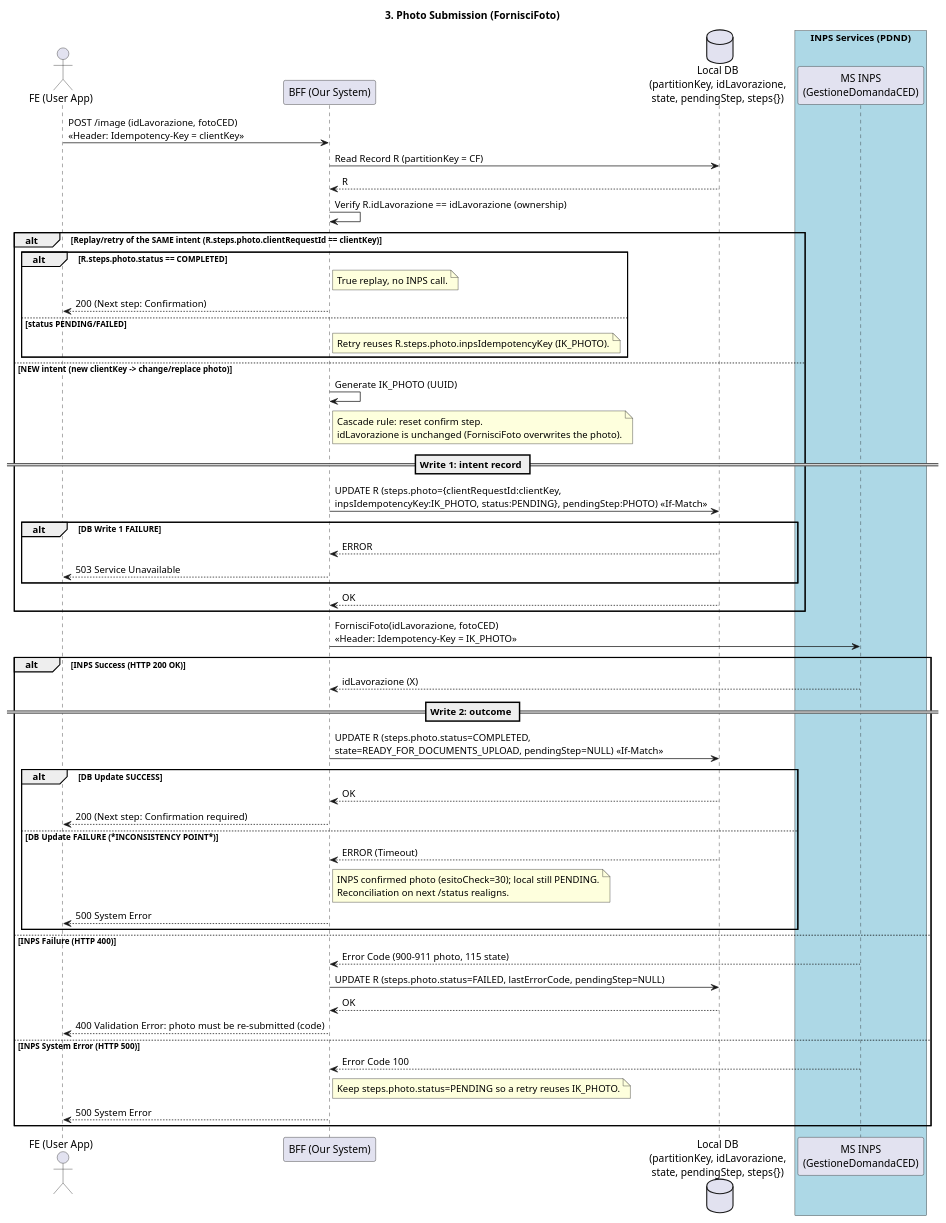
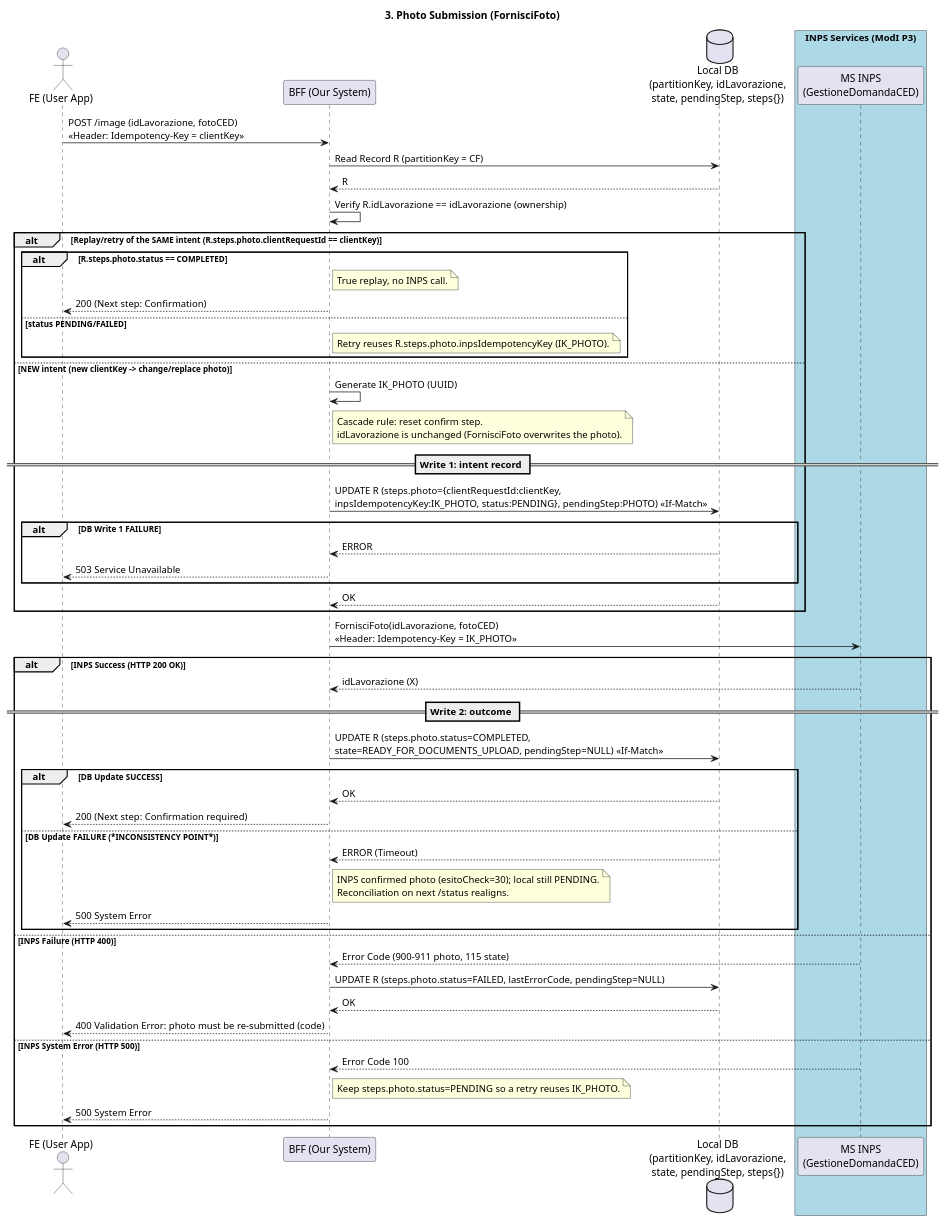
Before and after one commit to pagopa/io-growth: the diagram in docs/ced-card-request/sequence/upload_image_sequence.puml, drawn with PlantUML. The commit also changed 9 other files, not shown here.

```diff
--- a/docs/ced-card-request/sequence/upload_image_sequence.puml
+++ b/docs/ced-card-request/sequence/upload_image_sequence.puml
@@ -1,67 +1,67 @@
 @startuml Upload Image Sequence Diagram
 
 actor "FE (User App)" as FE
 participant "BFF (Our System)" as BFF
 database "Local DB\n(partitionKey, idLavorazione,\nstate, pendingStep, steps{})" as DB
-box "INPS Services (PDND)" #LightBlue
+box "INPS Services (ModI P3)" #LightBlue
   participant "MS INPS\n(GestioneDomandaCED)" as INPS
 end box
 
 title 3. Photo Submission (FornisciFoto)
 
 FE -> BFF: POST /image (idLavorazione, fotoCED)\n<<Header: Idempotency-Key = clientKey>>
 
 BFF -> DB: Read Record R (partitionKey = CF)
 DB --> BFF: R
 BFF -> BFF: Verify R.idLavorazione == idLavorazione (ownership)
 
 alt Replay/retry of the SAME intent (R.steps.photo.clientRequestId == clientKey)
     alt R.steps.photo.status == COMPLETED
         note right of BFF: True replay, no INPS call.
         BFF --> FE: 200 (Next step: Confirmation)
     else status PENDING/FAILED
         note right of BFF: Retry reuses R.steps.photo.inpsIdempotencyKey (IK_PHOTO).
     end
 
 else NEW intent (new clientKey -> change/replace photo)
     BFF -> BFF: Generate IK_PHOTO (UUID)
     note right of BFF: Cascade rule: reset confirm step.\nidLavorazione is unchanged (FornisciFoto overwrites the photo).
 
     == Write 1: intent record ==
     BFF -> DB: UPDATE R (steps.photo={clientRequestId:clientKey,\ninpsIdempotencyKey:IK_PHOTO, status:PENDING}, pendingStep:PHOTO) <<If-Match>>
     alt DB Write 1 FAILURE
         DB --> BFF: ERROR
         BFF --> FE: 503 Service Unavailable
     end
     DB --> BFF: OK
 end
 
 BFF -> INPS: FornisciFoto(idLavorazione, fotoCED)\n<<Header: Idempotency-Key = IK_PHOTO>>
 
 alt INPS Success (HTTP 200 OK)
     INPS --> BFF: idLavorazione (X)
 
     == Write 2: outcome ==
     BFF -> DB: UPDATE R (steps.photo.status=COMPLETED,\nstate=READY_FOR_DOCUMENTS_UPLOAD, pendingStep=NULL) <<If-Match>>
 
     alt DB Update SUCCESS
         DB --> BFF: OK
         BFF --> FE: 200 (Next step: Confirmation required)
     else DB Update FAILURE (***INCONSISTENCY POINT***)
         DB --> BFF: ERROR (Timeout)
         note right of BFF: INPS confirmed photo (esitoCheck=30); local still PENDING.\nReconciliation on next /status realigns.
         BFF --> FE: 500 System Error
     end
 
 else INPS Failure (HTTP 400)
     INPS --> BFF: Error Code (900-911 photo, 115 state)
     BFF -> DB: UPDATE R (steps.photo.status=FAILED, lastErrorCode, pendingStep=NULL)
     DB --> BFF: OK
     BFF --> FE: 400 Validation Error: photo must be re-submitted (code)
 
 else INPS System Error (HTTP 500)
     INPS --> BFF: Error Code 100
     note right of BFF: Keep steps.photo.status=PENDING so a retry reuses IK_PHOTO.
     BFF --> FE: 500 System Error
 end
 @enduml
```
